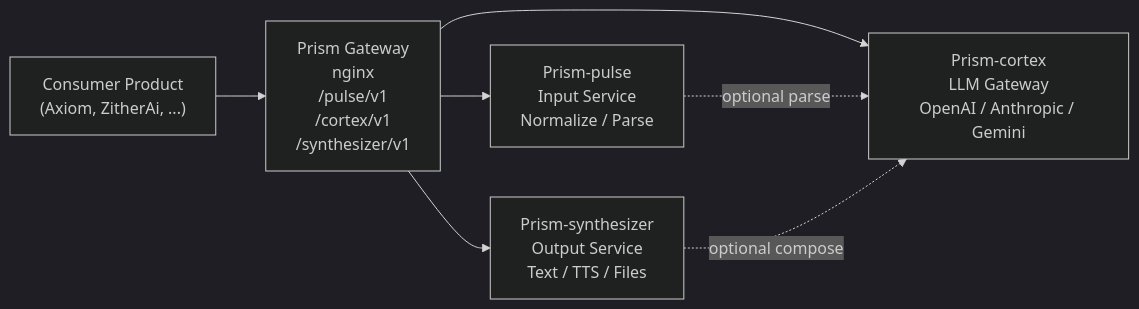
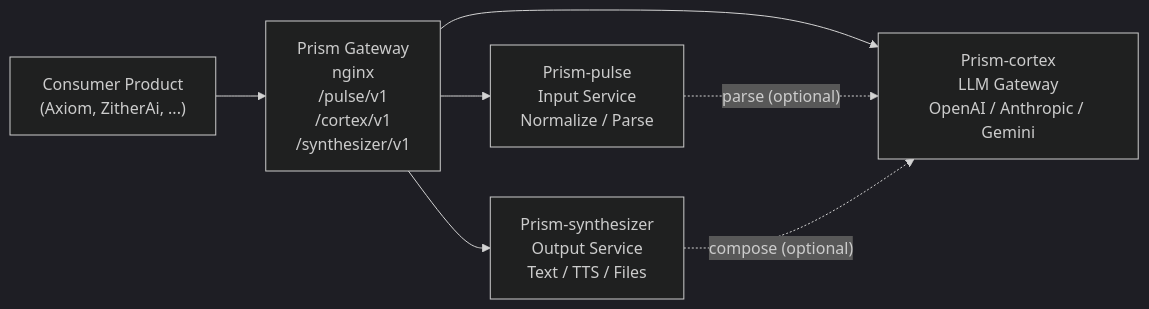
The first of 3 diagrams in README.md (vsinghal3737/vsinghal3737), drawn with Mermaid (dark theme) before and after one commit. The commit also changed other lines of this file, not shown here.

````diff
--- a/README.md
+++ b/README.md
@@ -17,15 +17,15 @@
 ```mermaid
 flowchart LR
     Client["Consumer Product<br/>(Axiom, ZitherAi, ...)"]
     Gateway["Prism Gateway<br/>nginx<br/>/pulse/v1<br/>/cortex/v1<br/>/synthesizer/v1"]
     Pulse["Prism-pulse<br/>Input Service<br/>Normalize / Parse"]
     Cortex["Prism-cortex<br/>LLM Gateway<br/>OpenAI / Anthropic / Gemini"]
     Synthesizer["Prism-synthesizer<br/>Output Service<br/>Text / TTS / Files"]
 
     Client --> Gateway
     Gateway --> Pulse
     Gateway --> Cortex
     Gateway --> Synthesizer
-    Pulse -. optional parse .-> Cortex
-    Synthesizer -. optional compose .-> Cortex
+    Pulse -. parse (optional) .-> Cortex
+    Synthesizer -. compose (optional) .-> Cortex
 ```
````
